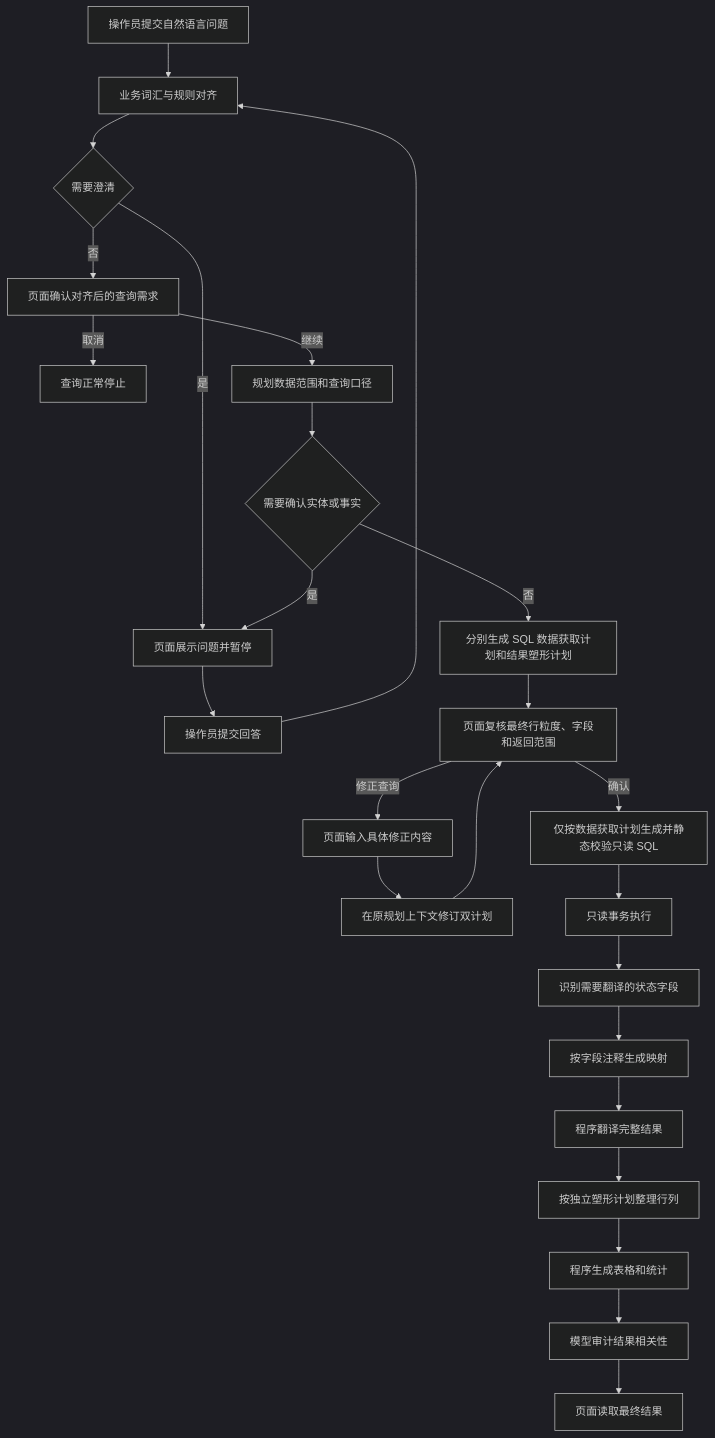
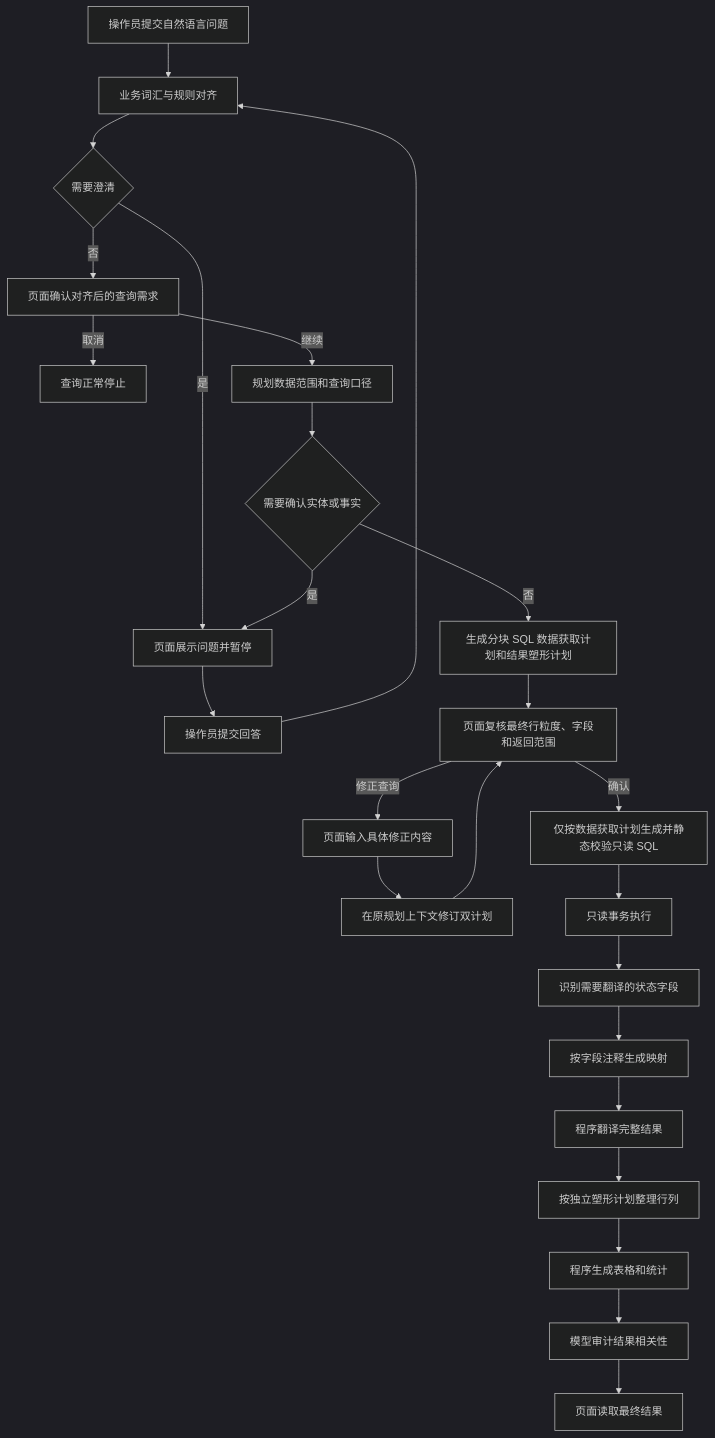
One commit to caicai-6666/flame-sport-pheno-manage-be changed the diagram in description/features/query-agent.md. Above: the diagram before and after it, drawn with Mermaid (dark theme). The commit also changed other lines of this file and 10 other files, not shown here.

````diff
--- a/description/features/query-agent.md
+++ b/description/features/query-agent.md
@@ -27,27 +27,27 @@
 ```mermaid
 flowchart TD
     A[操作员提交自然语言问题] --> B[业务词汇与规则对齐]
     B --> C{需要澄清}
     C -->|是| D[页面展示问题并暂停]
     D --> E[操作员提交回答]
     E --> B
     C -->|否| F[页面确认对齐后的查询需求]
     F -->|取消| G[查询正常停止]
     F -->|继续| H[规划数据范围和查询口径]
     H --> I{需要确认实体或事实}
     I -->|是| D
-    I -->|否| J[分别生成 SQL 数据获取计划和结果塑形计划]
+    I -->|否| J[生成分块 SQL 数据获取计划和结果塑形计划]
     J --> V[页面复核最终行粒度、字段和返回范围]
     V -->|修正查询| X[页面输入具体修正内容]
     X --> W[在原规划上下文修订双计划]
     W --> V
     V -->|确认| K[仅按数据获取计划生成并静态校验只读 SQL]
     K --> L[只读事务执行]
     L --> M[识别需要翻译的状态字段]
     M --> N[按字段注释生成映射]
     N --> O[程序翻译完整结果]
     O --> R[按独立塑形计划整理行列]
     R --> S[程序生成表格和统计]
     S --> T[模型审计结果相关性]
     T --> U[页面读取最终结果]
 ```
````
